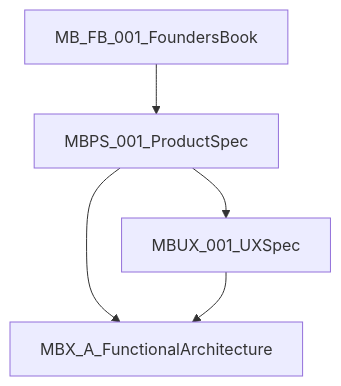
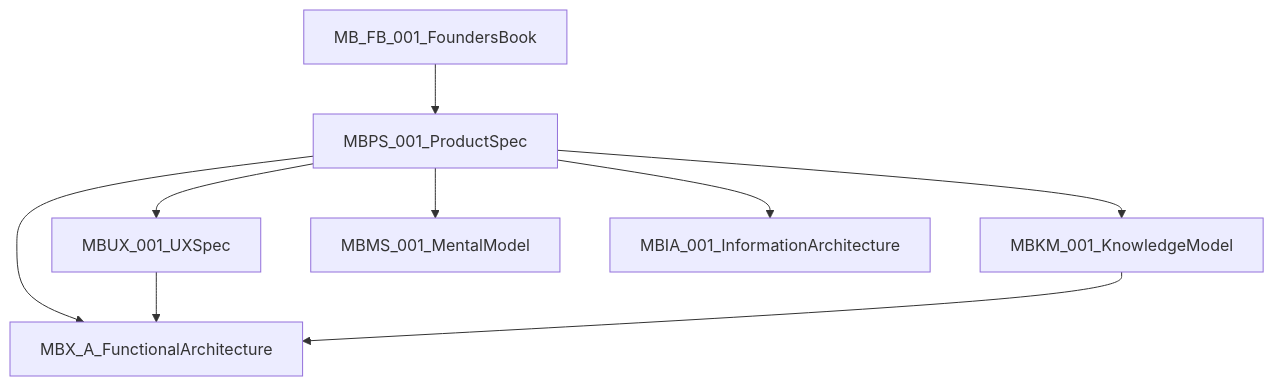
One commit to swill010101/MemoryBox-Gmail-Prototype changed the diagram in docs/product/README.md. Above: the diagram before and after it, drawn with Mermaid. The commit also changed other lines of this file and 8 other files, not shown here.

First line of the commit message:
Canonize MBKM/MBMS/MBIA and bind core terminology reconciliation.

````diff
--- a/docs/product/README.md
+++ b/docs/product/README.md
@@ -7,10 +7,18 @@
 ```mermaid
 flowchart TB
   FB[MB_FB_001_FoundersBook]
   MBPS[MBPS_001_ProductSpec]
   MBUX[MBUX_001_UXSpec]
+  MBKM[MBKM_001_KnowledgeModel]
+  MBMS[MBMS_001_MentalModel]
+  MBIA[MBIA_001_InformationArchitecture]
   MBXA[MBX_A_FunctionalArchitecture]
-  FB --> MBPS --> MBUX
+  FB --> MBPS
+  MBPS --> MBUX
+  MBPS --> MBKM
+  MBPS --> MBMS
+  MBPS --> MBIA
   MBPS --> MBXA
   MBUX --> MBXA
+  MBKM --> MBXA
 ```
````
